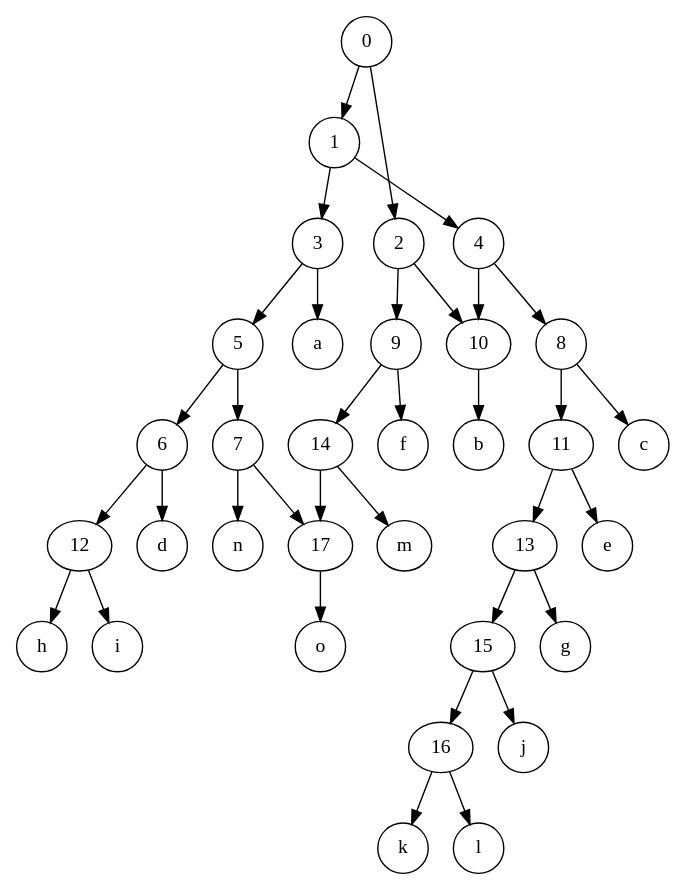
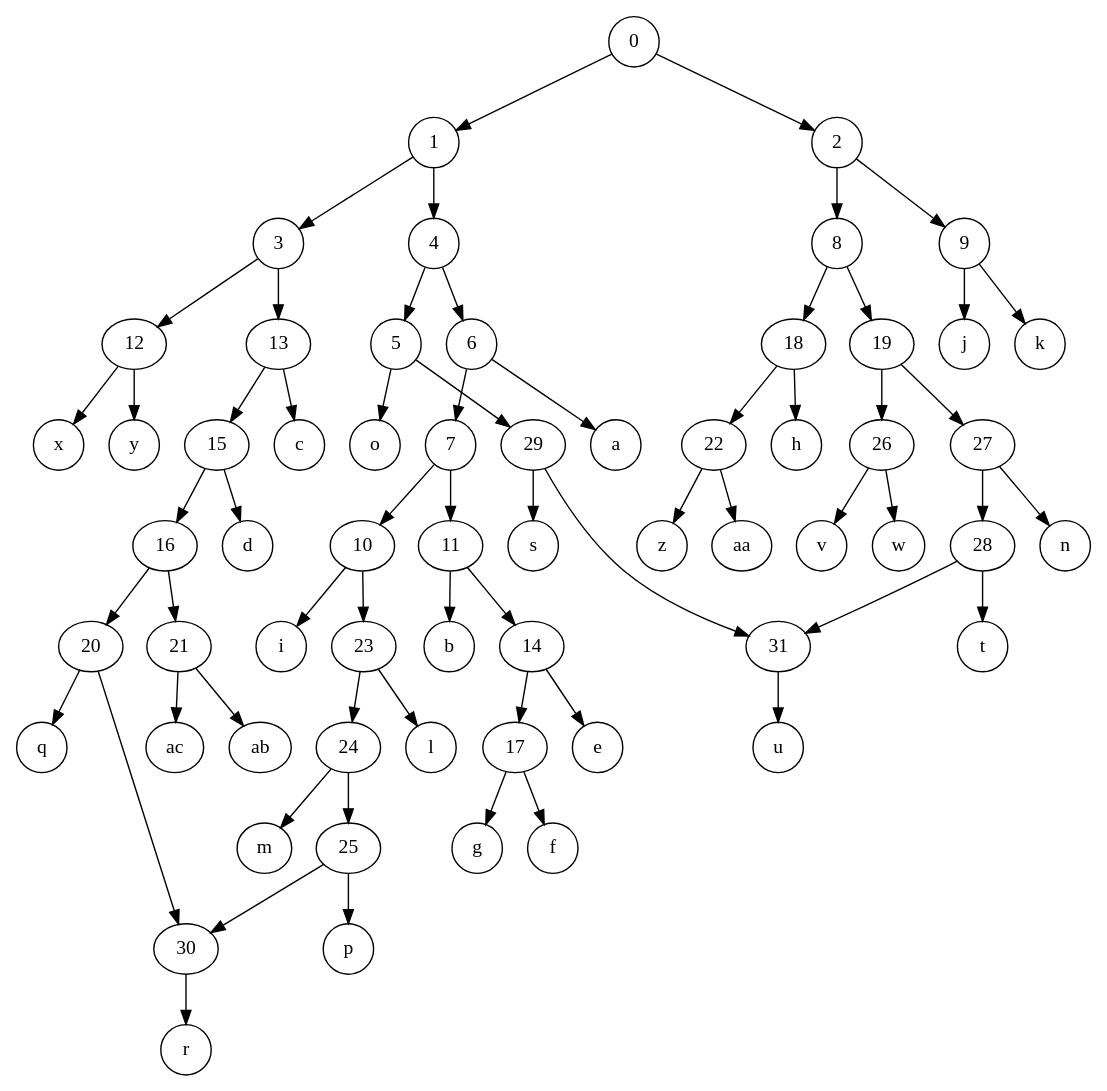
Before and after one commit to KSjors/TriL2Net: the diagram in Digraph.gv, drawn with Graphviz. The commit also changed 4 other files, not shown here.

```diff
--- a/Digraph.gv
+++ b/Digraph.gv
@@ -1,70 +1,126 @@
 digraph {
 	graph [rankdir=TB]
 	0 [label=0 height=0.5 width=0.5]
 	1 [label=1 height=0.5 width=0.5]
 	2 [label=2 height=0.5 width=0.5]
 	3 [label=3 height=0.5 width=0.5]
 	4 [label=4 height=0.5 width=0.5]
 	5 [label=5 height=0.5 width=0.5]
 	6 [label=6 height=0.5 width=0.5]
 	7 [label=7 height=0.5 width=0.5]
 	8 [label=8 height=0.5 width=0.5]
 	9 [label=9 height=0.5 width=0.5]
 	10 [label=10 height=0.5 width=0.5]
 	11 [label=11 height=0.5 width=0.5]
 	12 [label=12 height=0.5 width=0.5]
 	13 [label=13 height=0.5 width=0.5]
 	14 [label=14 height=0.5 width=0.5]
 	15 [label=15 height=0.5 width=0.5]
 	16 [label=16 height=0.5 width=0.5]
 	17 [label=17 height=0.5 width=0.5]
+	18 [label=18 height=0.5 width=0.5]
+	19 [label=19 height=0.5 width=0.5]
+	20 [label=20 height=0.5 width=0.5]
+	21 [label=21 height=0.5 width=0.5]
+	22 [label=22 height=0.5 width=0.5]
+	23 [label=23 height=0.5 width=0.5]
+	24 [label=24 height=0.5 width=0.5]
+	25 [label=25 height=0.5 width=0.5]
+	26 [label=26 height=0.5 width=0.5]
+	27 [label=27 height=0.5 width=0.5]
+	28 [label=28 height=0.5 width=0.5]
+	29 [label=29 height=0.5 width=0.5]
+	30 [label=30 height=0.5 width=0.5]
+	31 [label=31 height=0.5 width=0.5]
 	a [label=a height=0.5 width=0.5]
 	b [label=b height=0.5 width=0.5]
 	c [label=c height=0.5 width=0.5]
 	d [label=d height=0.5 width=0.5]
 	e [label=e height=0.5 width=0.5]
 	f [label=f height=0.5 width=0.5]
 	g [label=g height=0.5 width=0.5]
 	h [label=h height=0.5 width=0.5]
 	i [label=i height=0.5 width=0.5]
 	j [label=j height=0.5 width=0.5]
 	k [label=k height=0.5 width=0.5]
 	l [label=l height=0.5 width=0.5]
 	m [label=m height=0.5 width=0.5]
 	n [label=n height=0.5 width=0.5]
 	o [label=o height=0.5 width=0.5]
+	p [label=p height=0.5 width=0.5]
+	q [label=q height=0.5 width=0.5]
+	r [label=r height=0.5 width=0.5]
+	s [label=s height=0.5 width=0.5]
+	t [label=t height=0.5 width=0.5]
+	u [label=u height=0.5 width=0.5]
+	v [label=v height=0.5 width=0.5]
+	w [label=w height=0.5 width=0.5]
+	x [label=x height=0.5 width=0.5]
+	y [label=y height=0.5 width=0.5]
+	z [label=z height=0.5 width=0.5]
+	aa [label=aa height=0.5 width=0.5]
+	ab [label=ab height=0.5 width=0.5]
+	ac [label=ac height=0.5 width=0.5]
 	0 -> 1
 	0 -> 2
 	1 -> 3
 	1 -> 4
+	2 -> 8
 	2 -> 9
-	2 -> 10
-	3 -> 5
-	3 -> a
-	4 -> 8
-	4 -> 10
-	5 -> 6
-	5 -> 7
-	6 -> d
-	6 -> 12
-	7 -> n
-	7 -> 17
-	8 -> 11
-	8 -> c
-	9 -> f
-	9 -> 14
-	10 -> b
-	11 -> e
-	11 -> 13
-	12 -> h
-	12 -> i
+	3 -> 12
+	3 -> 13
+	4 -> 5
+	4 -> 6
+	5 -> 29
+	5 -> o
+	6 -> 7
+	6 -> a
+	7 -> 10
+	7 -> 11
+	8 -> 18
+	8 -> 19
+	9 -> j
+	9 -> k
+	10 -> i
+	10 -> 23
+	11 -> b
+	11 -> 14
+	12 -> x
+	12 -> y
 	13 -> 15
-	13 -> g
-	14 -> m
+	13 -> c
 	14 -> 17
-	15 -> j
+	14 -> e
 	15 -> 16
-	16 -> k
-	16 -> l
-	17 -> o
+	15 -> d
+	16 -> 20
+	16 -> 21
+	17 -> f
+	17 -> g
+	18 -> h
+	18 -> 22
+	19 -> 26
+	19 -> 27
+	20 -> q
+	20 -> 30
+	21 -> ab
+	21 -> ac
+	22 -> z
+	22 -> aa
+	23 -> 24
+	23 -> l
+	24 -> m
+	24 -> 25
+	25 -> p
+	25 -> 30
+	26 -> v
+	26 -> w
+	27 -> n
+	27 -> 28
+	28 -> t
+	28 -> 31
+	29 -> s
+	29 -> 31
+	30 -> r
+	31 -> u
 }
```
